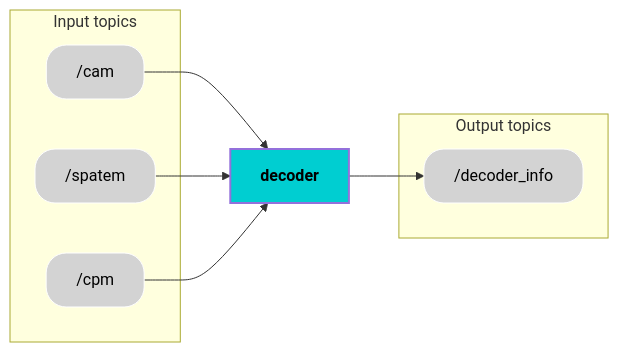
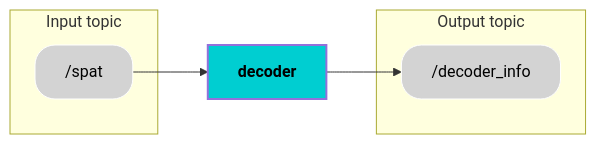
Before and after one commit to PaxAuto/decoder: the diagram in README.md, drawn with Mermaid. The commit also changed other lines of this file and 2 other files, not shown here.

Commit message:
Updated README.md : Updated description, system architecture, interfaces, custom messages and added installation steps as per module 4.

````diff
--- a/README.md
+++ b/README.md
@@ -19,40 +20,36 @@
 ```mermaid
 graph LR
     %% Input Topics
-    subgraph Input topics
-        EVSEAL["/cam"]:::grayEllipse
-        MS["/spatem"]:::grayEllipse
-        VCU["/cpm"]:::grayEllipse
+    subgraph Input topic
+        
+        MS["/spat"]:::grayEllipse
+     
     end
 
     %% Component
     EM["decoder"]:::cyanEllipse
 
     %% Connections
-    EVSEAL --> EM
     MS --> EM
-    VCU --> EM
     EM --> DC
 
     %% Output Topics
-    subgraph Output topics
+    subgraph Output topic
         DC["/decoder_info"]:::grayEllipse
     end
 
     %% Ellipse shape styling
     classDef soft_rectangle stroke:#FFFFFF,rx:20,ry:20;
     classDef component font-weight:bold,stroke-width:2px;
 
     %% Colors
     classDef cyanEllipse fill:#00CED1, color:#000000;                                                                                           
     classDef grayEllipse fill:#D3D3D3, color:#000000;
 
     %% Apply shapes
-    class EVSEAL soft_rectangle;
     class MS soft_rectangle;
-    class VCU soft_rectangle;
     class DC soft_rectangle;
     class EM component;
 
    
 ```
````
